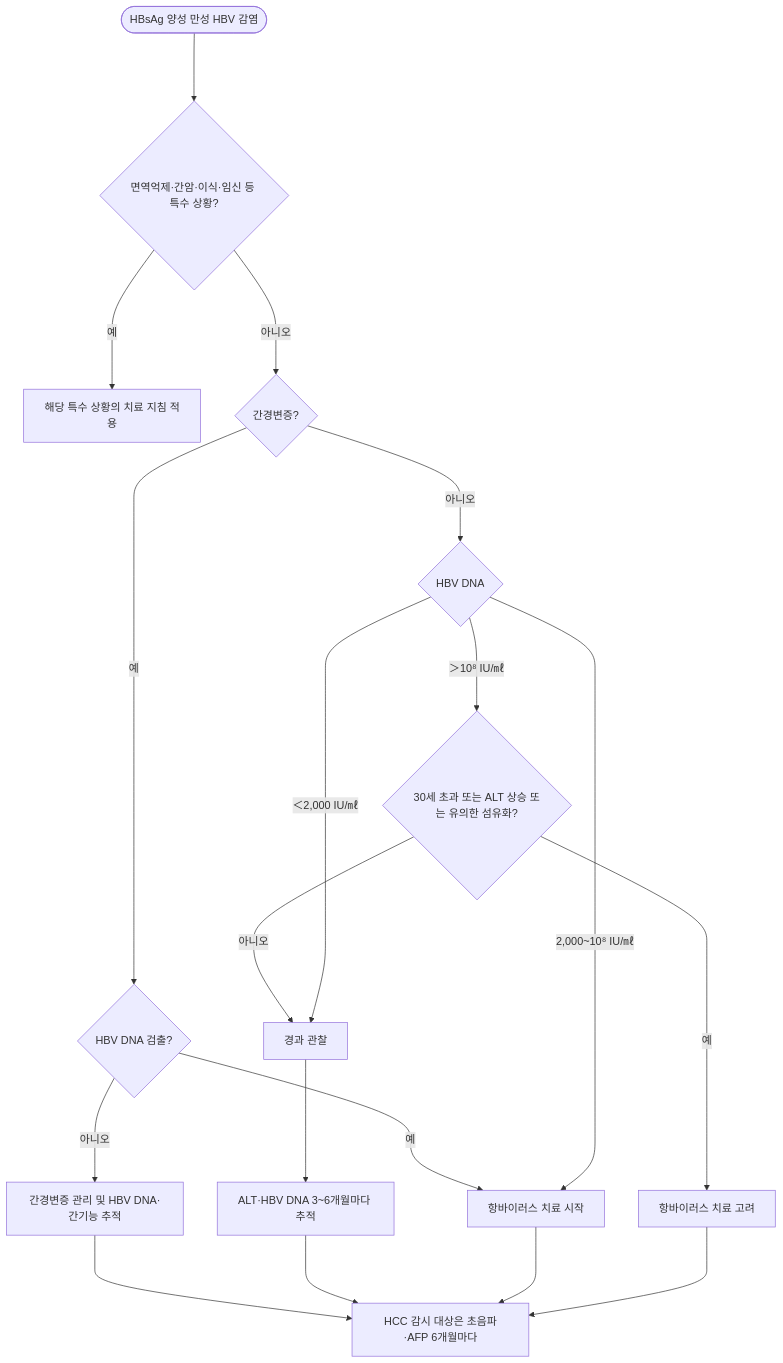
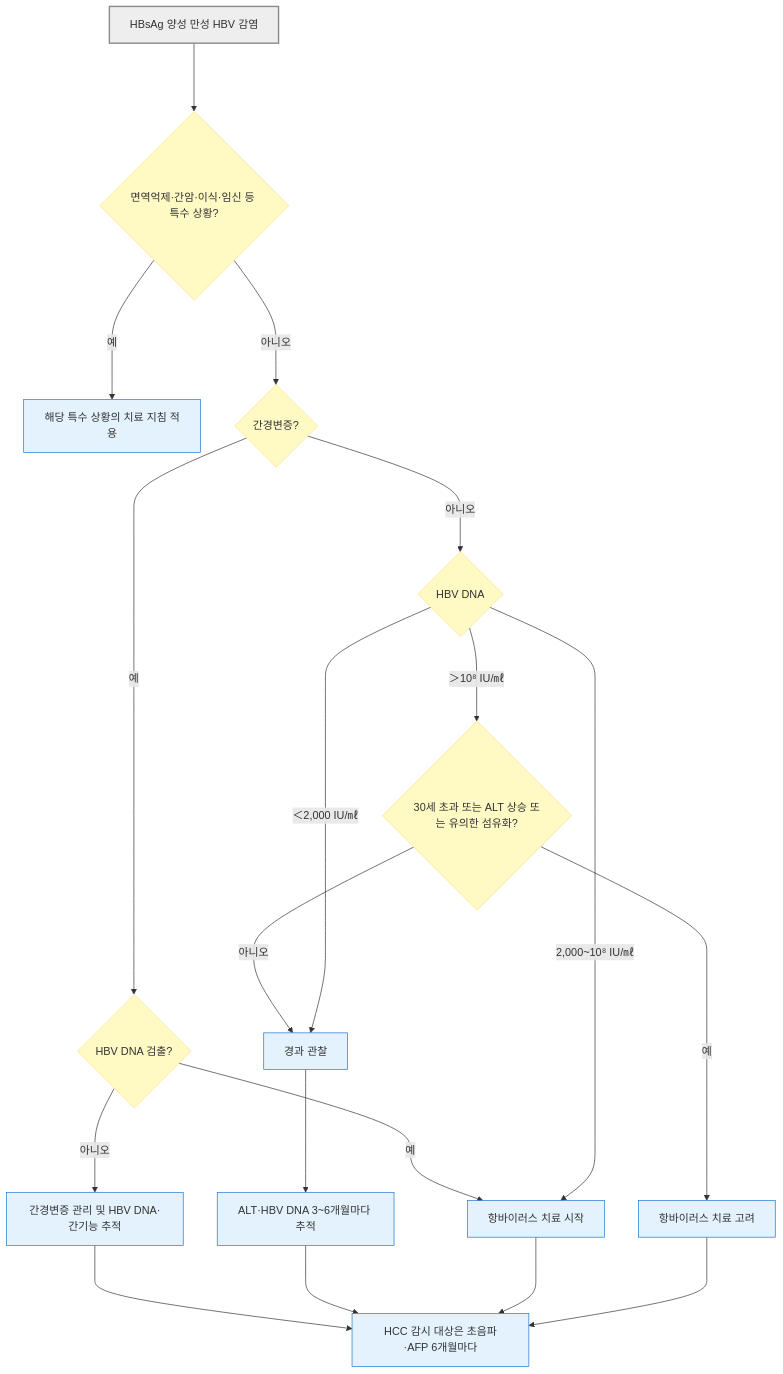
Before and after one commit to familyoh77/familyoh77: the second of 4 diagrams in 224_/091_hbv-infection.md, drawn with Mermaid. The commit also changed other lines of this file and 8 other files, not shown here.

````diff
--- a/224_/091_hbv-infection.md
+++ b/224_/091_hbv-infection.md
@@ -280,20 +288,26 @@
 ```mermaid
 flowchart TD
-    A(["HBsAg 양성 만성 HBV 감염"]) ---> B{"면역억제·간암·이식·임신 등 특수 상황?"}
+    A["HBsAg 양성 만성 HBV 감염"] ---> B{"면역억제·간암·이식·임신 등 특수 상황?"}
     B -- 예 ---> S["해당 특수 상황의 치료 지침 적용"]
     B -- 아니오 ---> C{"간경변증?"}
     C -- 예 ---> D{"HBV DNA 검출?"}
     D -- 예 ---> T["항바이러스 치료 시작"]
     D -- 아니오 ---> R["간경변증 관리 및 HBV DNA·간기능 추적"]
     C -- 아니오 ---> E{"HBV DNA"}
     E -- "＞10⁸ IU/㎖" ---> F{"30세 초과 또는 ALT 상승 또는 유의한 섬유화?"}
     F -- 예 ---> G["항바이러스 치료 고려"]
     F -- 아니오 ---> M["경과 관찰"]
     E -- "2,000~10⁸ IU/㎖" ---> T
     E -- "＜2,000 IU/㎖" ---> M
     M ---> N["ALT·HBV DNA 3~6개월마다 추적"]
     R ---> P["HCC 감시 대상은 초음파·AFP 6개월마다"]
     N ---> P
     T ---> P
     G ---> P
+    classDef question fill:#fff9c4,stroke:#ffe082
+    classDef treatment fill:#e3f2fd,stroke:#1976d2
+    classDef emergency fill:#ffdddd,stroke:#d32f2f,stroke-width:2px
+    class B,C,D,E,F question
+    class S,T,R,G,M,N,P treatment
+    style A fill:#eeeeee,stroke:#888888,stroke-width:2px
 ```
````
